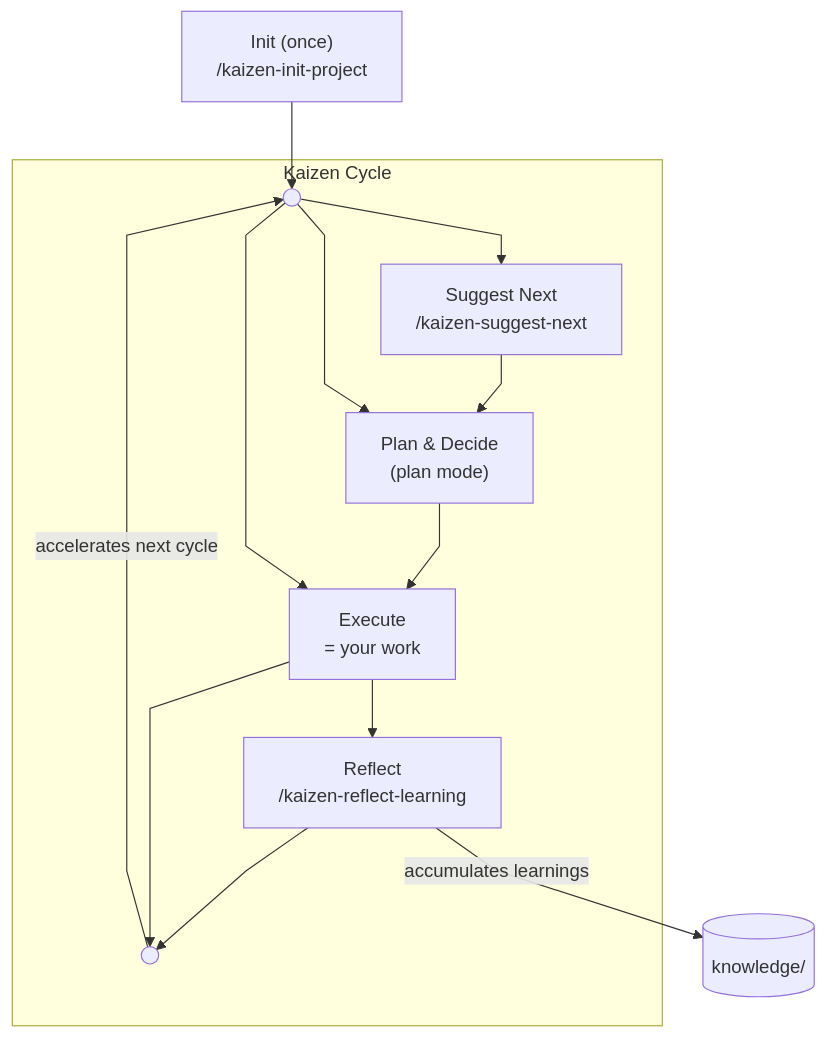
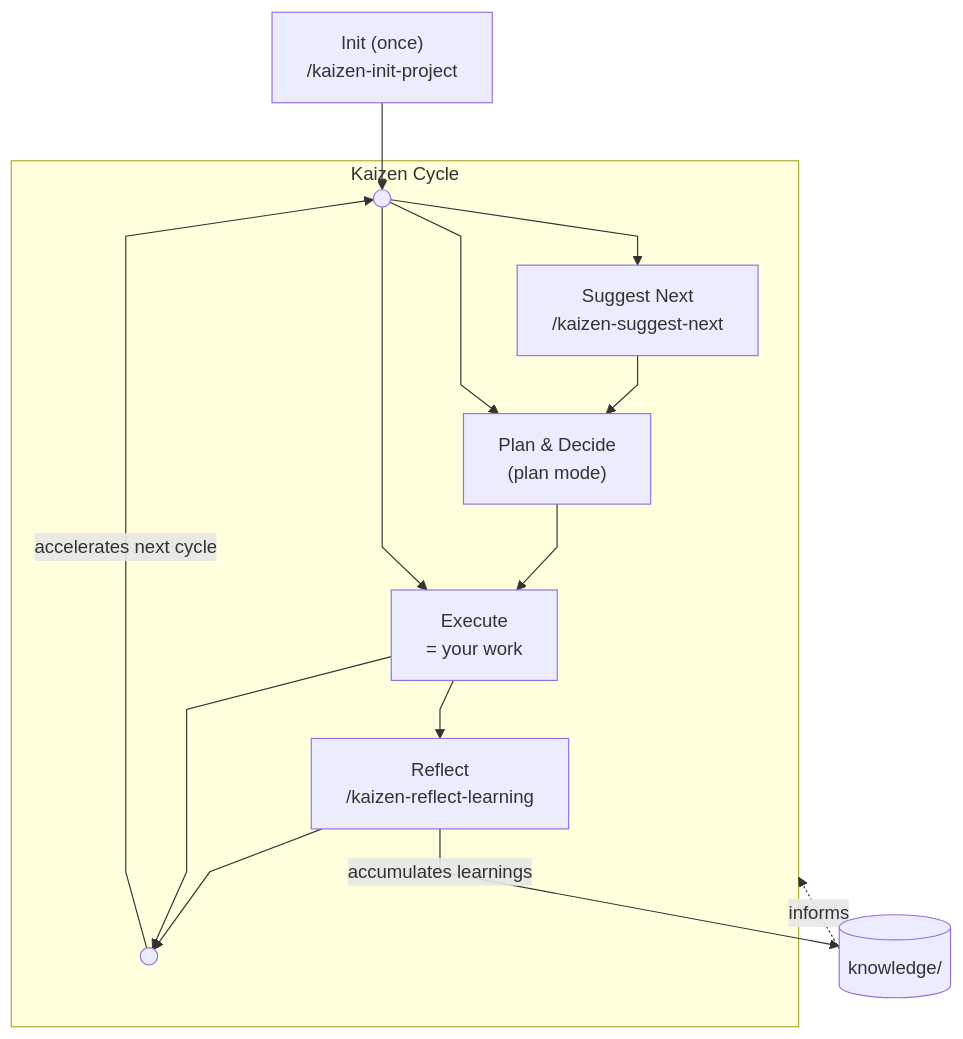
One commit to tomfook/kaizen-cli changed the diagram in docs/CONCEPT.md. Above: the diagram before and after it, drawn with Mermaid. The commit also changed 1 other file, not shown here.

Commit message:
feat(docs): add dotted arrow from Knowledge to Cycle subgraph
Show that accumulated knowledge informs/feeds back into the Kaizen
cycle with a single dotted arrow from Knowledge to the Cycle subgraph.

https://claude.ai/code/session_011ENnixXZ7xcQcWQSnBuWA9

````diff
--- a/docs/CONCEPT.md
+++ b/docs/CONCEPT.md
@@ -45,28 +45,29 @@
 ```mermaid
 ---
 config:
   flowchart:
     curve: linear
 ---
 graph TD
     Init["Init (once)<br>/kaizen-init-project"] --> Start
 
     subgraph Cycle [" Kaizen Cycle "]
         Start((" "))
         Suggest["Suggest Next<br>/kaizen-suggest-next"]
         Plan["Plan & Decide<br>(plan mode)"]
         Execute["Execute<br>= your work"]
         Reflect["Reflect<br>/kaizen-reflect-learning"]
         End((" "))
 
         Start --> Suggest --> Plan --> Execute --> Reflect --> End
         Start --> Plan
         Start --> Execute
         Execute --> End
     end
 
     Knowledge[("knowledge/")]
     Execute ~~~ Knowledge
     Reflect -->|"accumulates learnings"| Knowledge
+    Knowledge -.->|"informs"| Cycle
     End -->|"accelerates next cycle"| Start
 ```
````
